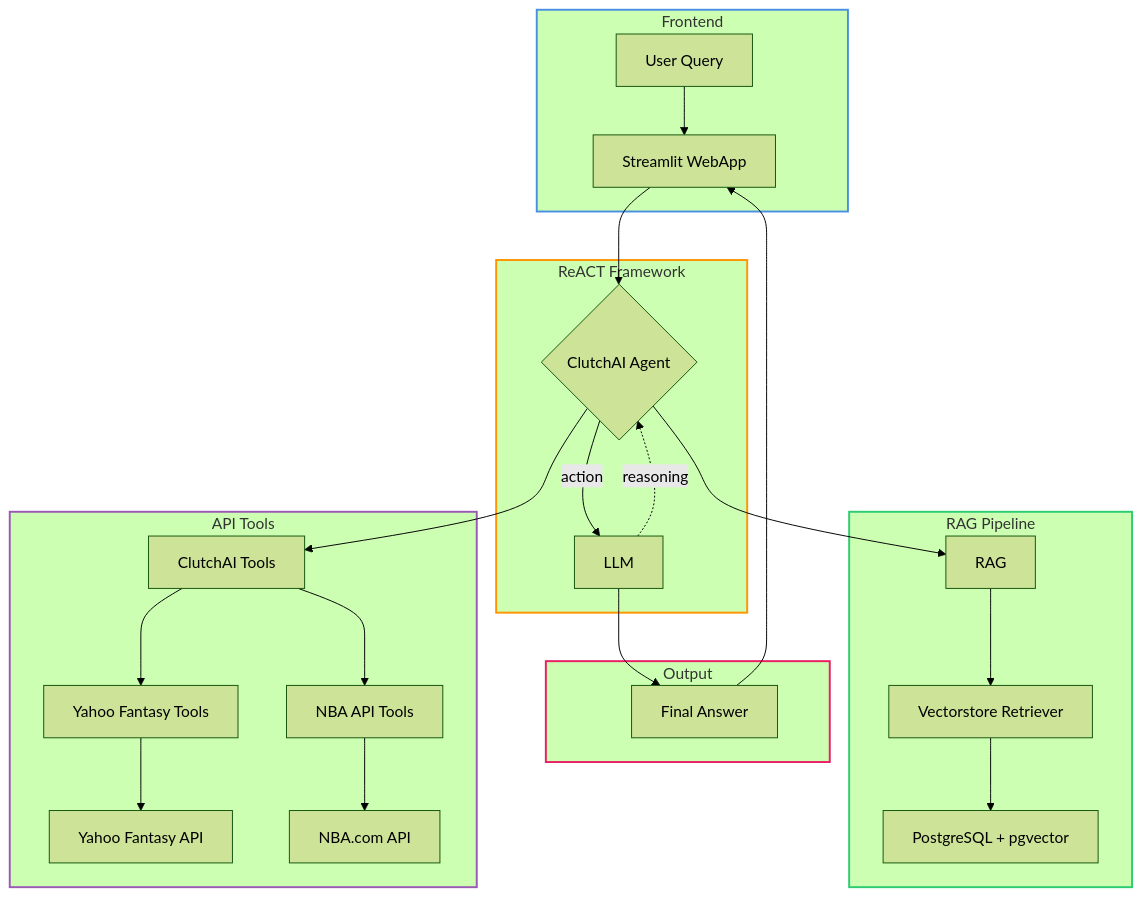
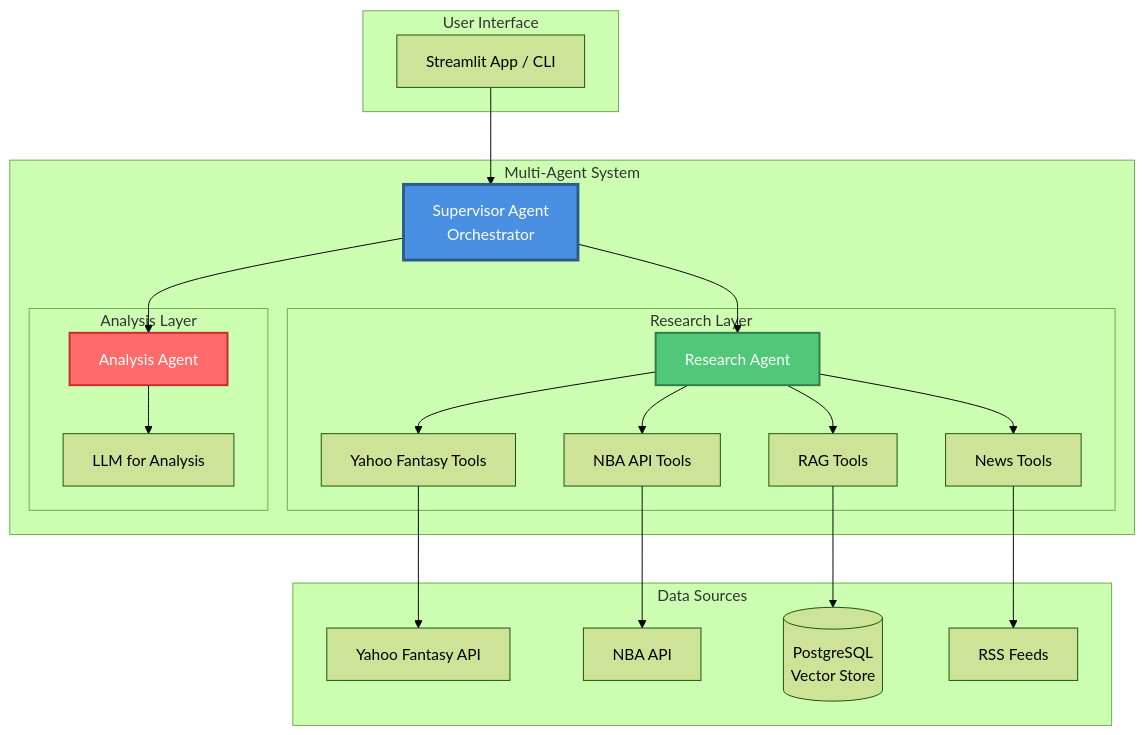
Before and after one commit to mk-chang/ClutchAI: the first of 2 diagrams in README.md, drawn with Mermaid (forest theme). The commit also changed other lines of this file and 20 other files, not shown here.

````diff
--- a/README.md
+++ b/README.md
@@ -96,41 +96,50 @@
 ```mermaid
 graph TB
-    subgraph Frontend["Frontend"]
-        A[User Query] --> B[Streamlit WebApp]
+    subgraph "User Interface"
+        UI[Streamlit App / CLI]
     end
     
-    subgraph Agent["ReACT Framework"]
-        C{ClutchAI Agent}
-        L[LLM]
+    subgraph "Multi-Agent System"
+        Supervisor[Supervisor Agent<br/>Orchestrator]
+        
+        subgraph "Research Layer"
+            Research[Research Agent]
+            Tools1[Yahoo Fantasy Tools]
+            Tools2[NBA API Tools]
+            Tools3[RAG Tools]
+            Tools4[News Tools]
+        end
+        
+        subgraph "Analysis Layer"
+            Analysis[Analysis Agent]
+            LLM[LLM for Analysis]
+        end
     end
     
-    subgraph Output["Output"]
-        K[Final Answer]
+    subgraph "Data Sources"
+        YahooAPI[Yahoo Fantasy API]
+        NBAAPI[NBA API]
+        VectorDB[(PostgreSQL<br/>Vector Store)]
+        RSS[RSS Feeds]
     end
     
-    subgraph RAGPipeline["RAG Pipeline"]
-        RAG[RAG] --> F[Vectorstore Retriever]
-        F --> I[PostgreSQL + pgvector]
-    end
+    UI --> Supervisor
+    Supervisor --> Research
+    Supervisor --> Analysis
     
-    subgraph APITools["API Tools"]
-        CT[ClutchAI Tools] --> D[Yahoo Fantasy Tools]
-        CT --> E[NBA API Tools]
-        D --> G[Yahoo Fantasy API]
-        E --> H[NBA.com API]
-    end
+    Research --> Tools1
+    Research --> Tools2
+    Research --> Tools3
+    Research --> Tools4
     
-    B --> C
-    C --> RAG
-    C --> CT
-    C -->|action| L
-    L -.->|reasoning| C
-    L --> K
-    K --> B
+    Tools1 --> YahooAPI
+    Tools2 --> NBAAPI
+    Tools3 --> VectorDB
+    Tools4 --> RSS
     
-    style Frontend stroke:#4A90E2,stroke-width:2px
-    style Agent stroke:#FF9500,stroke-width:2px
-    style RAGPipeline stroke:#2ECC71,stroke-width:2px
-    style APITools stroke:#9B59B6,stroke-width:2px
-    style Output stroke:#E91E63,stroke-width:2px
+    Analysis --> LLM
+    
+    style Supervisor fill:#4A90E2,stroke:#2E5C8A,stroke-width:3px,color:#fff
+    style Research fill:#50C878,stroke:#2E7D4E,stroke-width:2px,color:#fff
+    style Analysis fill:#FF6B6B,stroke:#C92A2A,stroke-width:2px,color:#fff
 ```
````
